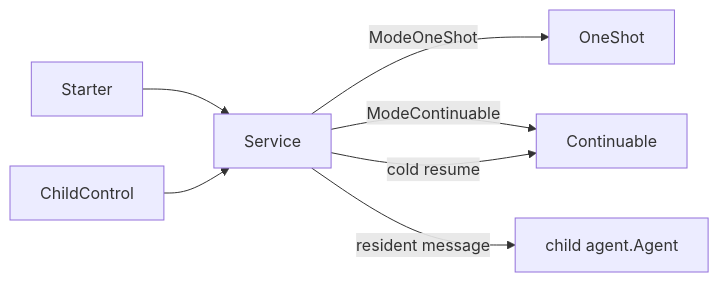
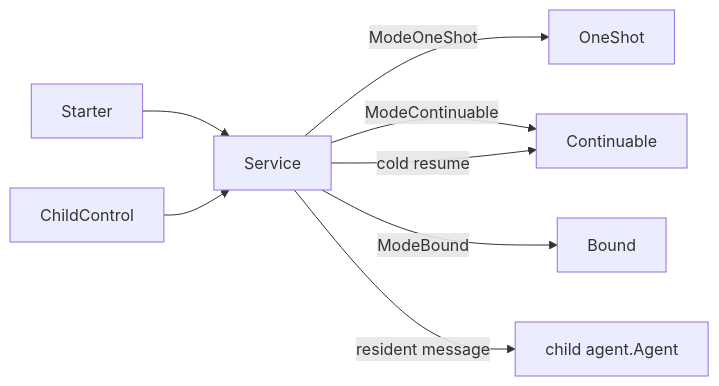
One commit to gorenx/goren changed the diagram in subagent/internal/subagents/README.zh-CN.md. Above: the diagram before and after it, drawn with Mermaid. The commit also changed other lines of this file and 14 other files, not shown here.

````diff
--- a/subagent/internal/subagents/README.zh-CN.md
+++ b/subagent/internal/subagents/README.zh-CN.md
@@ -5,9 +5,10 @@
 ```mermaid
 flowchart LR
     Starter --> Service
     ChildControl --> Service
     Service -->|ModeOneShot| OneShot
     Service -->|ModeContinuable| Continuable
+    Service -->|ModeBound| Bound
     Service -->|resident message| ChildAgent[child agent.Agent]
     Service -->|cold resume| Continuable
 ```
````
